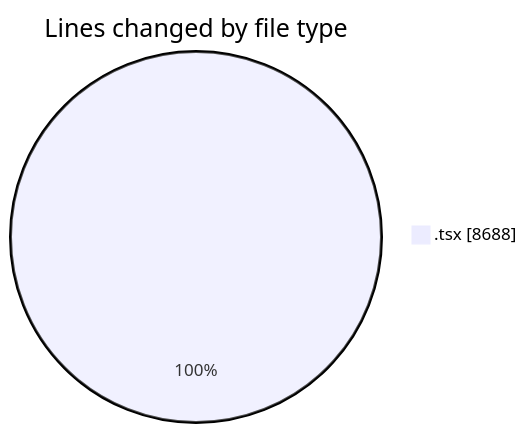
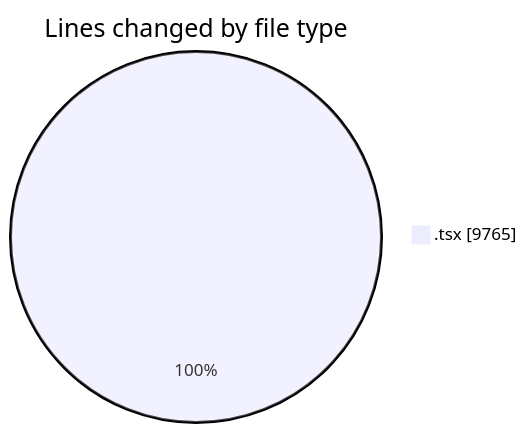
The first of 2 diagrams in 2026-06-17/nxtqube_webapp/README.md (nxtqubesakshisongat/code-tracking), drawn with Mermaid before and after one commit. The commit also changed other lines of this file and 1 other file, not shown here.

````diff
--- a/2026-06-17/nxtqube_webapp/README.md
+++ b/2026-06-17/nxtqube_webapp/README.md
@@ -32,5 +33,5 @@
 ```mermaid
 pie showData
 title Lines changed by file type
-".tsx" : 8688
+".tsx" : 9765
 ```
````
